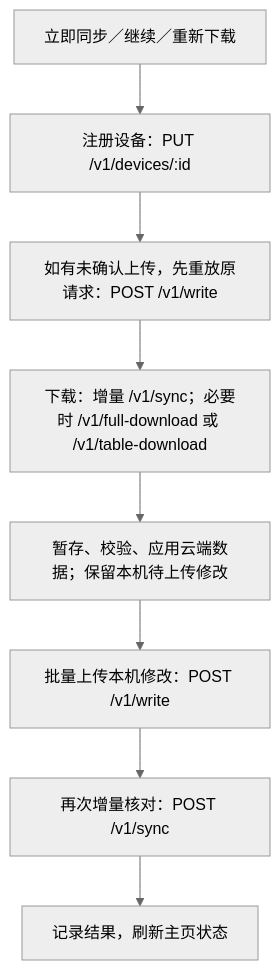
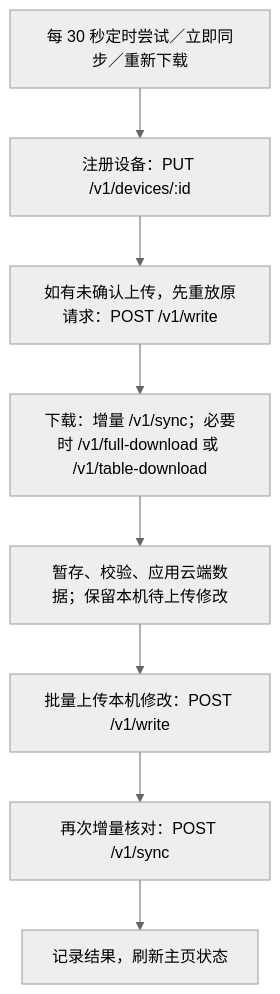
The third of 3 diagrams in docs/sync-ui-map.md (Gandum2077/JSEhViewer), drawn with Mermaid (neutral theme) before and after one commit. The commit also changed other lines of this file and 7 other files, not shown here.

````diff
--- a/docs/sync-ui-map.md
+++ b/docs/sync-ui-map.md
@@ -92,10 +96,10 @@
 ```mermaid
 flowchart TD
-  START["立即同步／继续／重新下载"] --> REG["注册设备：PUT /v1/devices/:id"]
+  START["每 30 秒定时尝试／立即同步／重新下载"] --> REG["注册设备：PUT /v1/devices/:id"]
   REG --> REPLAY["如有未确认上传，先重放原请求：POST /v1/write"]
   REPLAY --> GET["下载：增量 /v1/sync；必要时 /v1/full-download 或 /v1/table-download"]
   GET --> APPLY["暂存、校验、应用云端数据；保留本机待上传修改"]
   APPLY --> UP["批量上传本机修改：POST /v1/write"]
   UP --> CHECK["再次增量核对：POST /v1/sync"]
   CHECK --> DONE["记录结果，刷新主页状态"]
 ```
````
